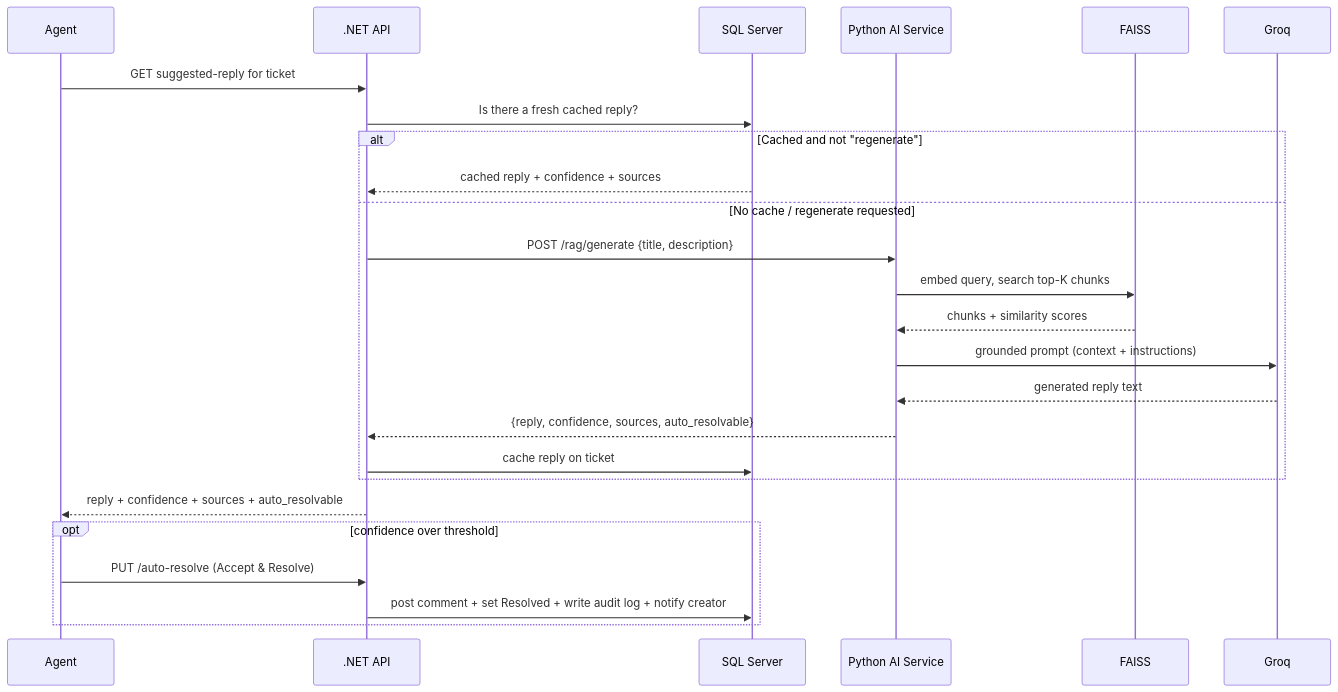
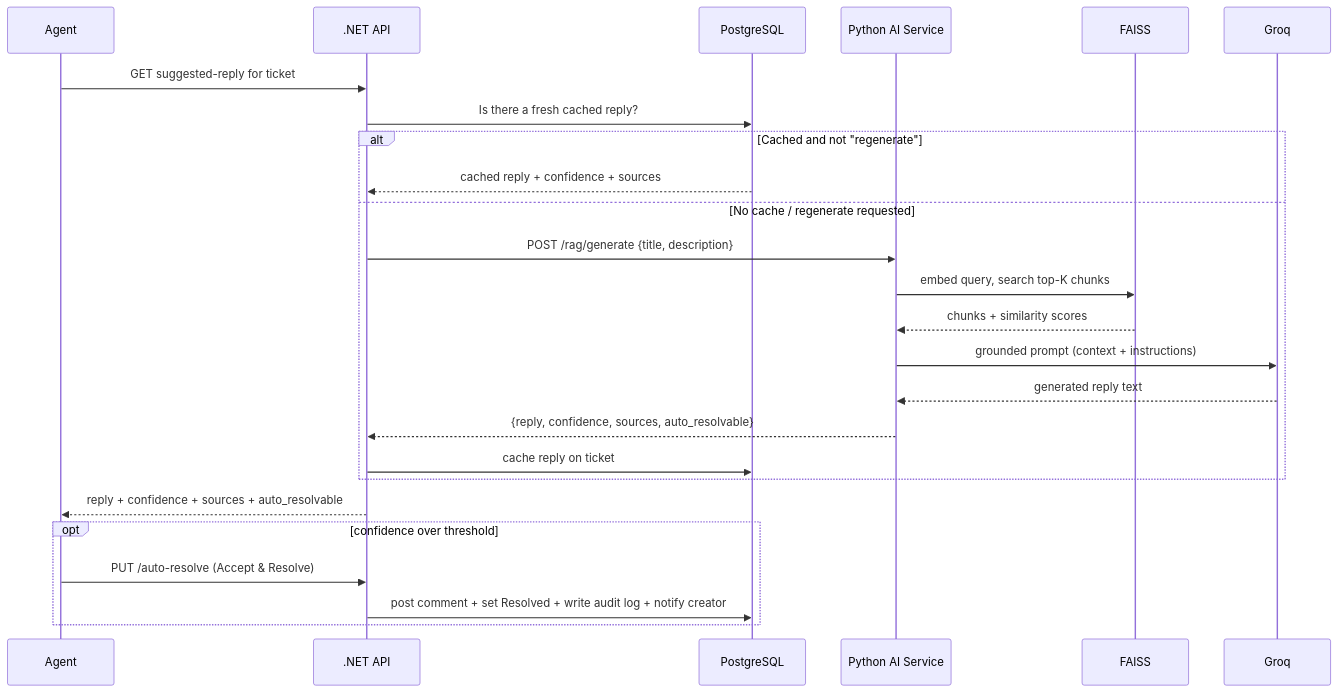
Before and after one commit to abhinavanand1608/support-ticket-RAG: the second of 2 diagrams in README.md, drawn with Mermaid. The commit also changed other lines of this file and 20 other files, not shown here.

First line of the commit message:
Switch database from SQL Server to PostgreSQL for deployment

````diff
--- a/README.md
+++ b/README.md
@@ -65,28 +65,28 @@
 ```mermaid
 sequenceDiagram
     participant Agent
     participant API as .NET API
-    participant DB as SQL Server
+    participant DB as PostgreSQL
     participant AI as Python AI Service
     participant Vec as FAISS
     participant LLM as Groq
 
     Agent->>API: GET suggested-reply for ticket
     API->>DB: Is there a fresh cached reply?
     alt Cached and not "regenerate"
         DB-->>API: cached reply + confidence + sources
     else No cache / regenerate requested
         API->>AI: POST /rag/generate {title, description}
         AI->>Vec: embed query, search top-K chunks
         Vec-->>AI: chunks + similarity scores
         AI->>LLM: grounded prompt (context + instructions)
         LLM-->>AI: generated reply text
         AI-->>API: {reply, confidence, sources, auto_resolvable}
         API->>DB: cache reply on ticket
     end
     API-->>Agent: reply + confidence + sources + auto_resolvable
     opt confidence over threshold
         Agent->>API: PUT /auto-resolve (Accept & Resolve)
         API->>DB: post comment + set Resolved + write audit log + notify creator
     end
 ```
````
